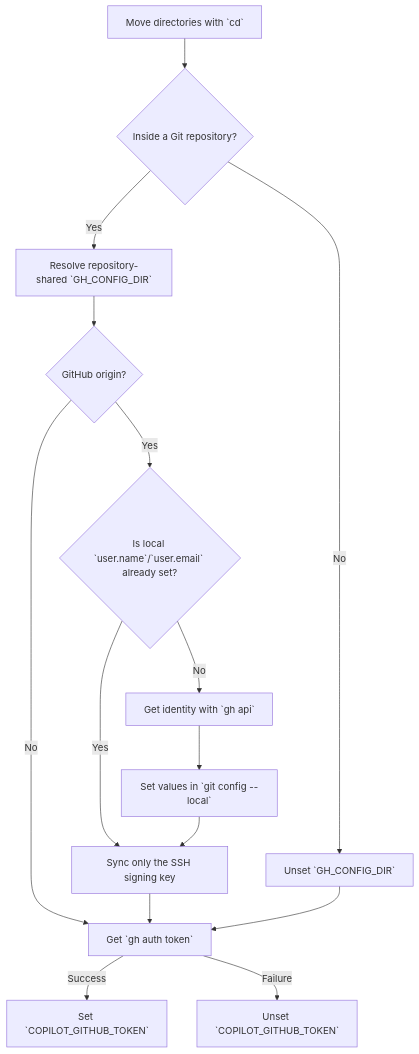
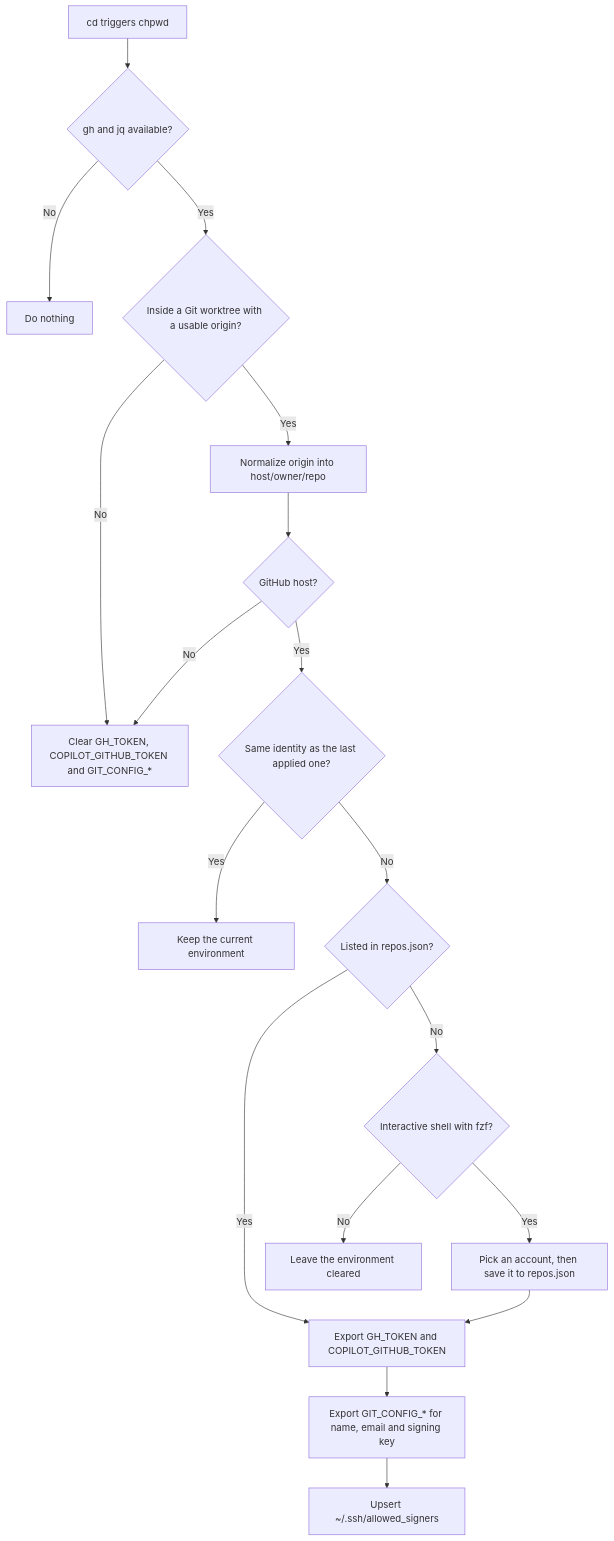
The diagram in docs/guides/04-git-identity.md (daiksud/dotfiles), drawn with Mermaid before and after one commit. The commit also changed other lines of this file and 34 other files, not shown here.

````diff
--- a/docs/guides/04-git-identity.md
+++ b/docs/guides/04-git-identity.md
@@ -9,17 +17,20 @@
 ```mermaid
 graph TD
-    A[Move directories with `cd`] --> B{Inside a Git repository?}
-    B -- No --> U[Unset `GH_CONFIG_DIR`]
-    B -- Yes --> D[Resolve repository-shared `GH_CONFIG_DIR`]
-    D --> C{GitHub origin?}
-    C -- No --> T[Get `gh auth token`]
-    C -- Yes --> E{Is local `user.name`/`user.email` already set?}
-    E -- Yes --> F[Sync only the SSH signing key]
-    E -- No --> G[Get identity with `gh api`]
-    G --> H[Set values in `git config --local`]
-    H --> F
-    F --> T
-    U --> T
-    T -- Success --> V[Set `COPILOT_GITHUB_TOKEN`]
-    T -- Failure --> W[Unset `COPILOT_GITHUB_TOKEN`]
+    A["cd triggers chpwd"] --> B{"gh and jq available?"}
+    B -- No --> Z["Do nothing"]
+    B -- Yes --> C{"Inside a Git worktree with a usable origin?"}
+    C -- No --> X["Clear GH_TOKEN, COPILOT_GITHUB_TOKEN and GIT_CONFIG_*"]
+    C -- Yes --> D["Normalize origin into host/owner/repo"]
+    D --> E{"GitHub host?"}
+    E -- No --> X
+    E -- Yes --> F{"Same identity as the last applied one?"}
+    F -- Yes --> Y["Keep the current environment"]
+    F -- No --> G{"Listed in repos.json?"}
+    G -- Yes --> H["Export GH_TOKEN and COPILOT_GITHUB_TOKEN"]
+    G -- No --> K{"Interactive shell with fzf?"}
+    K -- Yes --> L["Pick an account, then save it to repos.json"]
+    K -- No --> M["Leave the environment cleared"]
+    L --> H
+    H --> I["Export GIT_CONFIG_* for name, email and signing key"]
+    I --> J["Upsert ~/.ssh/allowed_signers"]
 ```
````
